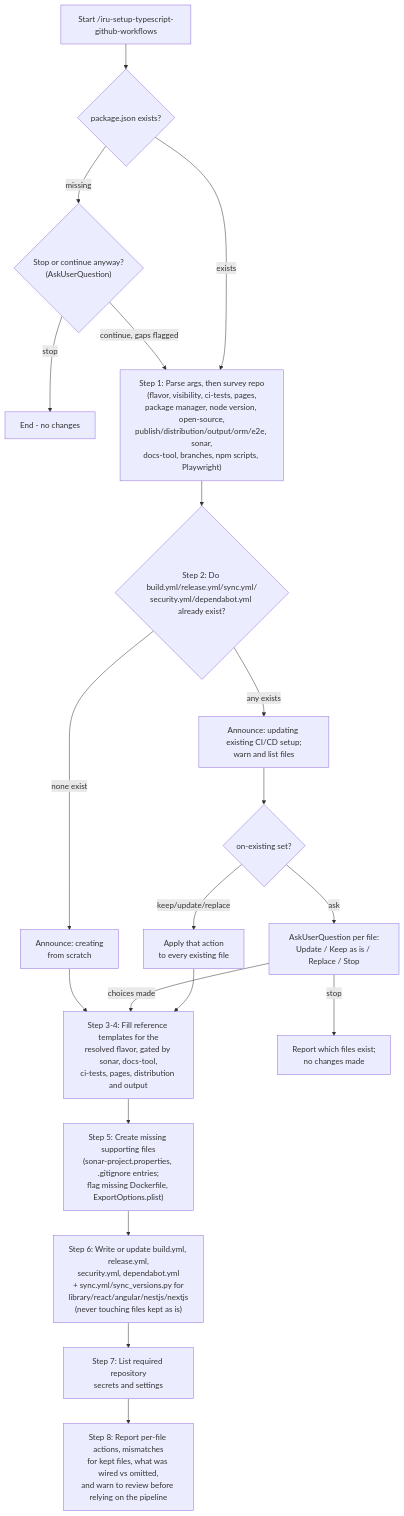
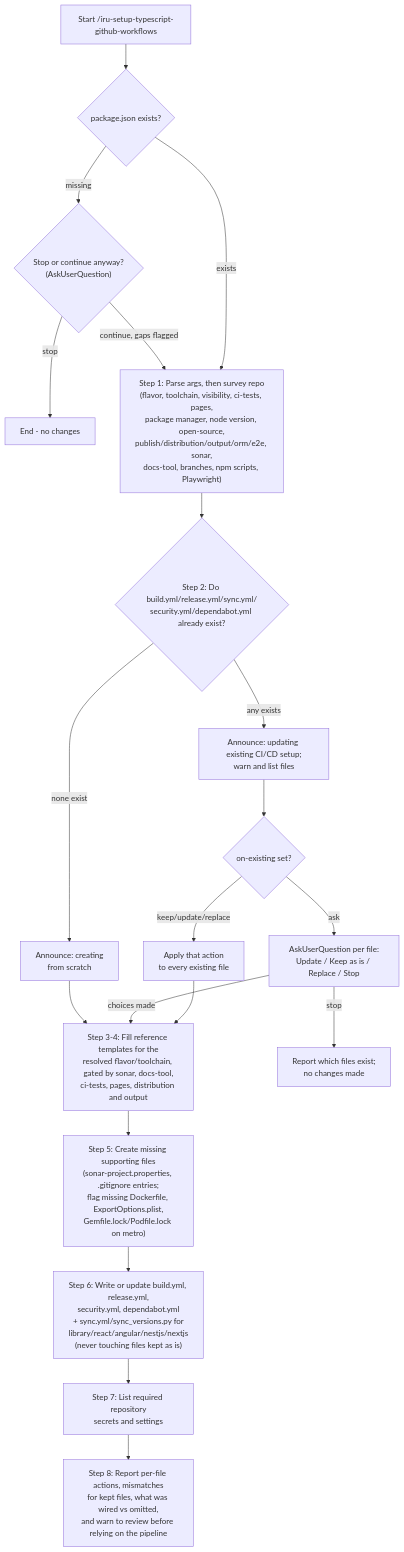
The diagram in docs/modules/ROOT/pages/skills/iru-setup-typescript-github-workflows.adoc (albertoirurueta/ai-catalog), drawn with Mermaid before and after one commit. The commit also changed other lines of this file and 138 other files, not shown here.

```diff
--- a/docs/modules/ROOT/pages/skills/iru-setup-typescript-github-workflows.adoc
+++ b/docs/modules/ROOT/pages/skills/iru-setup-typescript-github-workflows.adoc
@@ -122,23 +137,23 @@
 [mermaid]
 ....
 flowchart TD
     A["Start /iru-setup-typescript-github-workflows"] --> A2{"package.json exists?"}
     A2 -- missing --> A3{"Stop or continue anyway?\n(AskUserQuestion)"}
     A3 -- stop --> Z1["End - no changes"]
     A3 -- continue, gaps flagged --> B
-    A2 -- exists --> B["Step 1: Parse args, then survey repo\n(flavor, visibility, ci-tests, pages,\npackage manager, node version, open-source,\npublish/distribution/output/orm/e2e, sonar,\ndocs-tool, branches, npm scripts, Playwright)"]
+    A2 -- exists --> B["Step 1: Parse args, then survey repo\n(flavor, toolchain, visibility, ci-tests, pages,\npackage manager, node version, open-source,\npublish/distribution/output/orm/e2e, sonar,\ndocs-tool, branches, npm scripts, Playwright)"]
     B --> C{"Step 2: Do build.yml/release.yml/sync.yml/\nsecurity.yml/dependabot.yml already exist?"}
     C -- none exist --> C1["Announce: creating\nfrom scratch"]
     C1 --> E
     C -- any exists --> C2["Announce: updating existing CI/CD setup;\nwarn and list files"]
     C2 --> D{"on-existing set?"}
     D -- keep/update/replace --> D2["Apply that action\nto every existing file"]
     D -- ask --> D3["AskUserQuestion per file:\nUpdate / Keep as is / Replace / Stop"]
     D3 -- stop --> Z2["Report which files exist;\nno changes made"]
     D3 -- choices made --> E
-    D2 --> E["Step 3-4: Fill reference templates for the\nresolved flavor, gated by sonar, docs-tool,\nci-tests, pages, distribution and output"]
-    E --> F["Step 5: Create missing supporting files\n(sonar-project.properties, .gitignore entries;\nflag missing Dockerfile, ExportOptions.plist)"]
+    D2 --> E["Step 3-4: Fill reference templates for the\nresolved flavor/toolchain, gated by sonar, docs-tool,\nci-tests, pages, distribution and output"]
+    E --> F["Step 5: Create missing supporting files\n(sonar-project.properties, .gitignore entries;\nflag missing Dockerfile, ExportOptions.plist,\nGemfile.lock/Podfile.lock on metro)"]
     F --> G["Step 6: Write or update build.yml, release.yml,\nsecurity.yml, dependabot.yml\n+ sync.yml/sync_versions.py for\nlibrary/react/angular/nestjs/nextjs\n(never touching files kept as is)"]
     G --> H["Step 7: List required repository\nsecrets and settings"]
     H --> I["Step 8: Report per-file actions, mismatches\nfor kept files, what was wired vs omitted,\nand warn to review before relying on the pipeline"]
 ....
```
